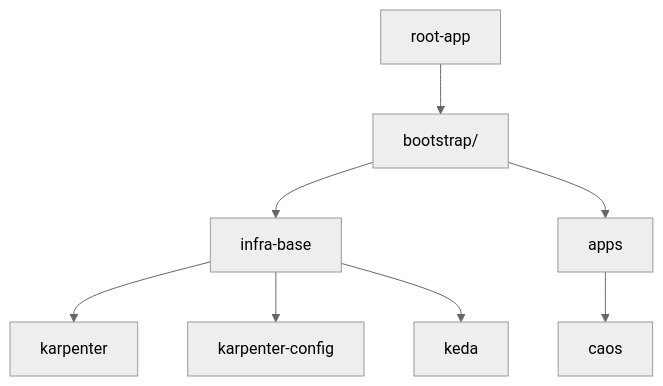
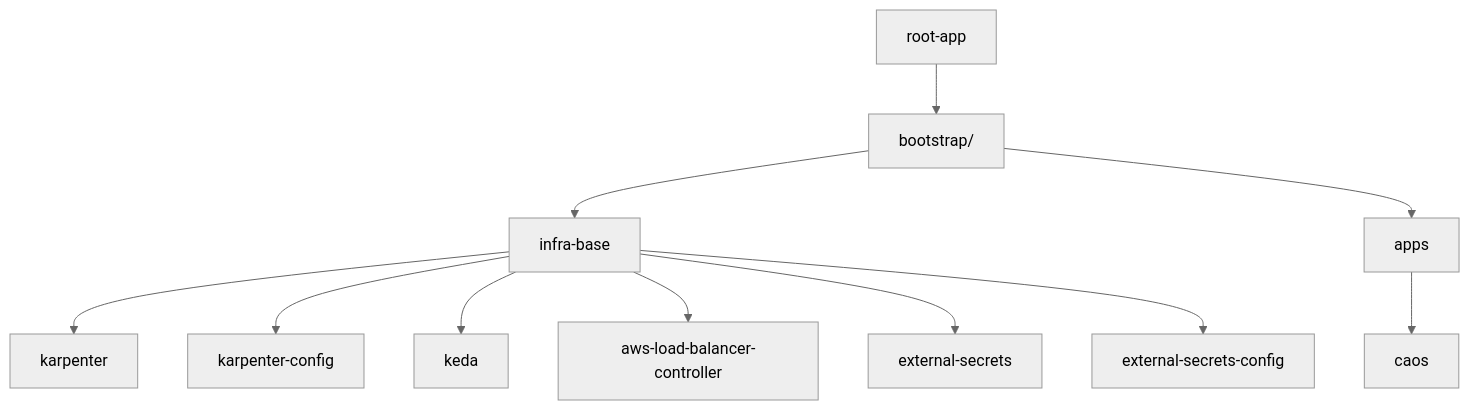
Before and after one commit to org-sam/infra-gitops: the diagram in README.md, drawn with Mermaid (neutral theme). The commit also changed other lines of this file, not shown here.

````diff
--- a/README.md
+++ b/README.md
@@ -31,10 +32,13 @@
 ```mermaid
 graph TD
     A[root-app] --> B[bootstrap/]
     B --> C[infra-base]
     B --> D[apps]
     C --> E[karpenter]
     C --> F[karpenter-config]
     C --> G[keda]
-    D --> H[caos]
+    C --> H[aws-load-balancer-controller]
+    C --> I[external-secrets]
+    C --> J[external-secrets-config]
+    D --> K[caos]
 ```
````
